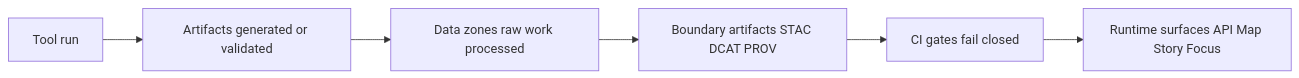
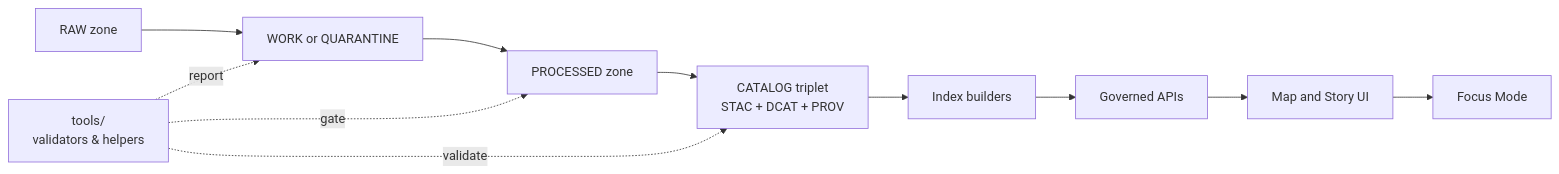
The diagram in tools/README.md (bartytime4life/Kansas-Frontier-Matrix), drawn with Mermaid before and after one commit. The commit also changed other lines of this file, not shown here.

First line of the commit message:
Revise tools README for clarity and updates

````diff
--- a/tools/README.md
+++ b/tools/README.md
@@ -76,8 +110,14 @@
 ```mermaid
 flowchart LR
-  A[Tool run] --> B[Artifacts generated or validated]
-  B --> C[Data zones raw work processed]
-  C --> D[Boundary artifacts STAC DCAT PROV]
-  D --> E[CI gates fail closed]
-  E --> F[Runtime surfaces API Map Story Focus]
+  A[RAW zone] --> B[WORK or QUARANTINE]
+  B --> C[PROCESSED zone]
+  C --> D[CATALOG triplet<br/>STAC + DCAT + PROV]
+  D --> E[Index builders]
+  E --> F[Governed APIs]
+  F --> G[Map and Story UI]
+  G --> H[Focus Mode]
+
+  T[tools/<br/>validators & helpers] -.validate.-> D
+  T -.gate.-> C
+  T -.report.-> B
 ```
````
